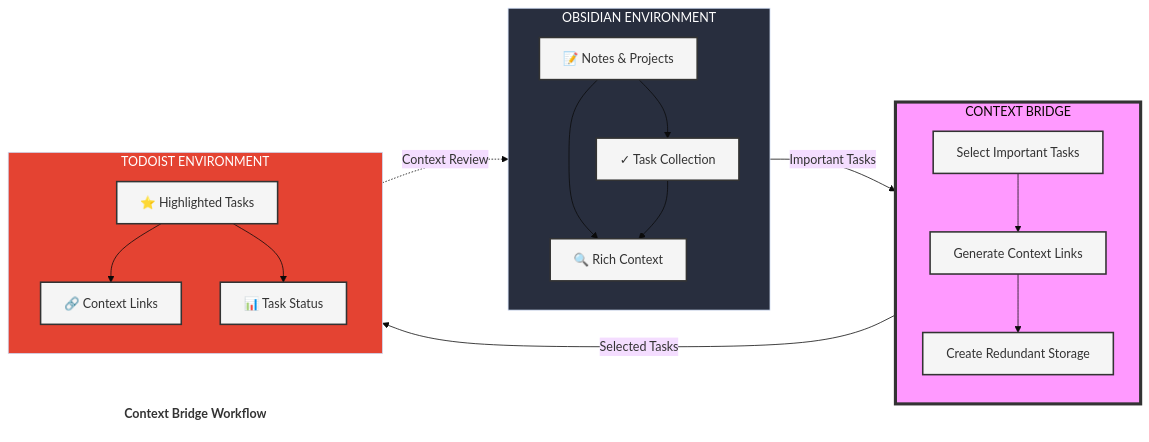
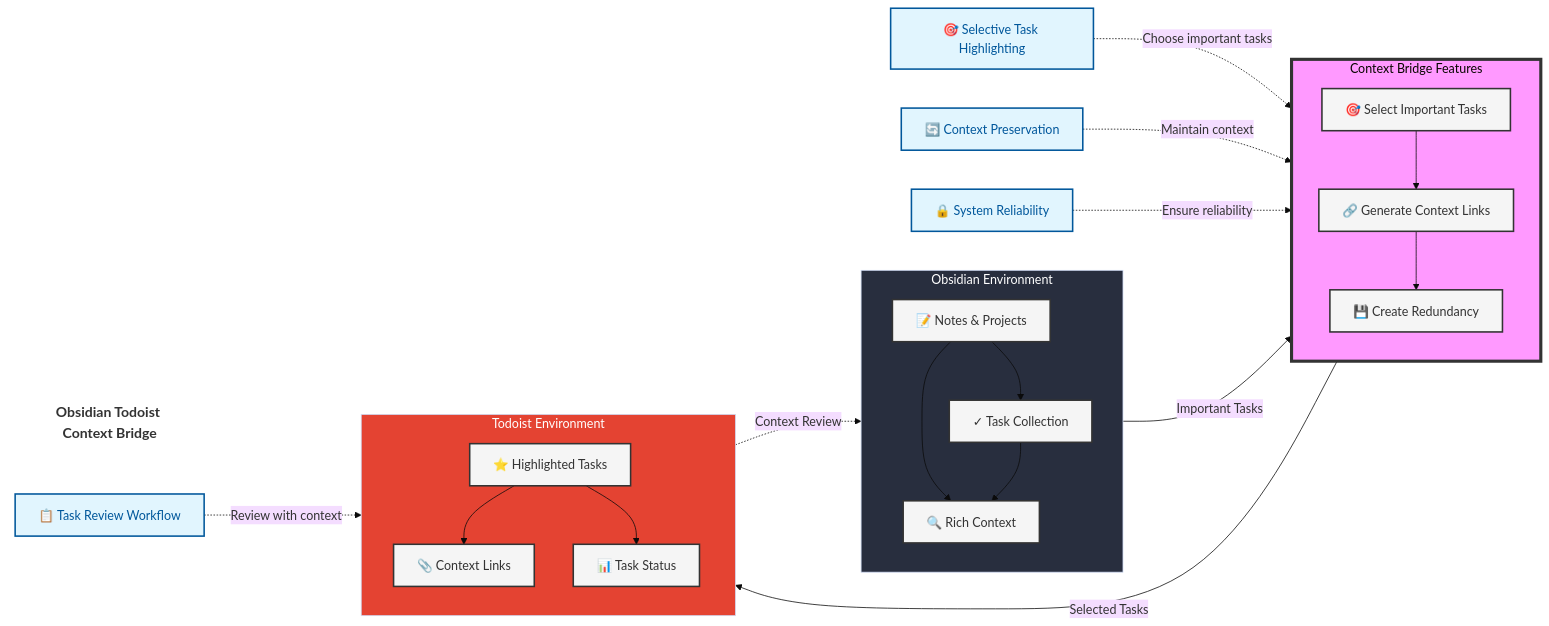
The first of 2 diagrams in README.md (wenlzhang/obsidian-todoist-context-bridge), drawn with Mermaid before and after one commit. The commit also changed other lines of this file, not shown here.

````diff
--- a/README.md
+++ b/README.md
@@ -100,51 +100,65 @@
 ```mermaid
 %%{init: {'theme': 'base', 'themeVariables': { 'fontSize': '16px', 'fontFamily': 'arial' }}}%%
 graph LR
     classDef systemLabel fill:none,stroke:none,color:#666,font-style:italic,font-size:14px
-    classDef bigLabel fill:none,stroke:none,color:#333,font-size:16px,font-weight:bold
+    classDef bigLabel fill:none,stroke:none,color:#333,font-size:18px,font-weight:bold
     classDef boxStyle fill:#f5f5f5,stroke:#333,stroke-width:2px
+    classDef featureStyle fill:#e1f5fe,stroke:#01579b,stroke-width:2px,color:#01579b
     
-    Title[Context Bridge Workflow]
+    Title["Obsidian Todoist Context Bridge"]
     class Title bigLabel
 
-    subgraph Obsidian["OBSIDIAN ENVIRONMENT"]
+    subgraph Obsidian["Obsidian Environment"]
         direction TB
         Notes["📝 Notes & Projects"]
         Tasks["✓ Task Collection"]
         Context["🔍 Rich Context"]
         Notes --> Tasks
         Notes --> Context
         Tasks --> Context
     end
     class Obsidian systemLabel
 
-    subgraph Bridge["CONTEXT BRIDGE"]
+    subgraph Bridge["Context Bridge Features"]
         direction TB
-        Select["Select Important Tasks"]
-        Link["Generate Context Links"]
-        Store["Create Redundant Storage"]
+        Select["🎯 Select Important Tasks"]
+        Link["🔗 Generate Context Links"]
+        Store["💾 Create Redundancy"]
         Select --> Link
         Link --> Store
     end
     class Bridge systemLabel
 
-    subgraph Todoist["TODOIST ENVIRONMENT"]
+    subgraph Todoist["Todoist Environment"]
         direction TB
         TTasks["⭐ Highlighted Tasks"]
-        TContext["🔗 Context Links"]
+        TContext["📎 Context Links"]
         TStatus["📊 Task Status"]
         TTasks --> TContext
         TTasks --> TStatus
     end
     class Todoist systemLabel
 
     Tasks -->|"Important Tasks"| Bridge
     Bridge -->|"Selected Tasks"| TTasks
     TContext -.->|"Context Review"| Context
 
+    %% Core Features Callouts
+    F1["🎯 Selective Task Highlighting"]
+    F2["🔄 Context Preservation"]
+    F3["🔒 System Reliability"]
+    F4["📋 Task Review Workflow"]
+
+    class F1,F2,F3,F4 featureStyle
+
+    F1 -.->|"Choose important tasks"| Select
+    F2 -.->|"Maintain context"| Link
+    F3 -.->|"Ensure reliability"| Store
+    F4 -.->|"Review with context"| TContext
+
     class Notes,Tasks,Context,Select,Link,Store,TTasks,TContext,TStatus boxStyle
 
     style Bridge fill:#f9f,stroke:#333,stroke-width:4px
     style Obsidian fill:#282e3e,color:#fff
     style Todoist fill:#e44332,color:#fff
 ```
````
